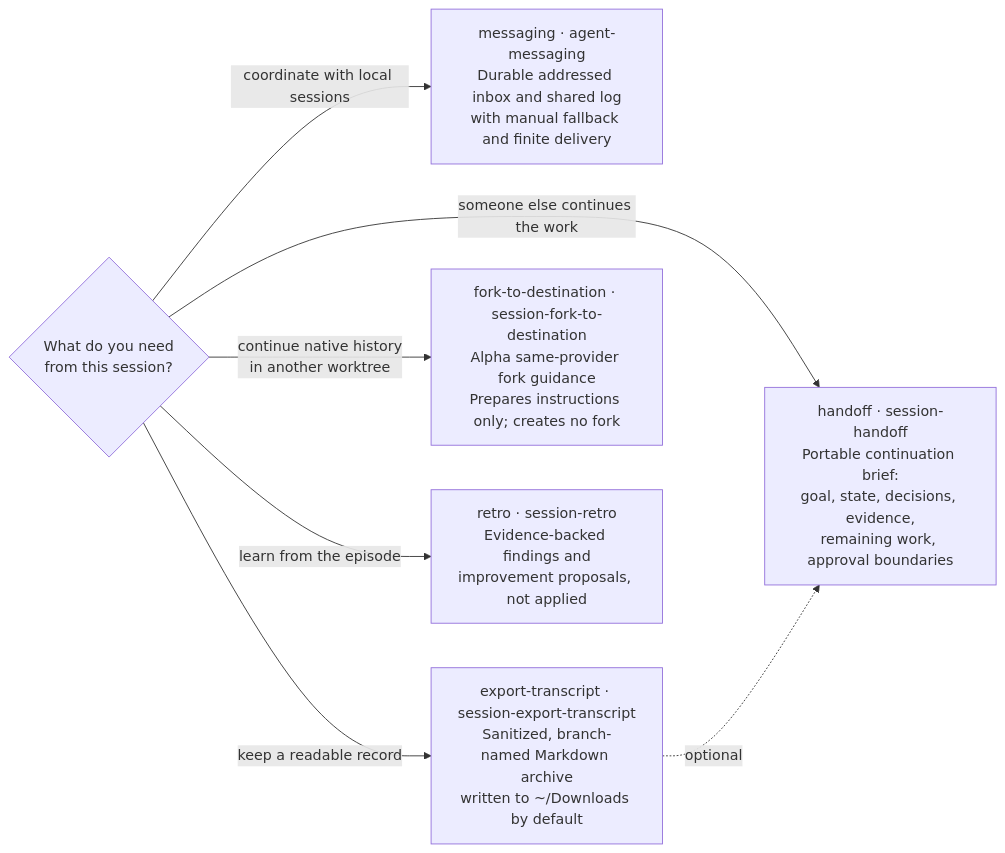
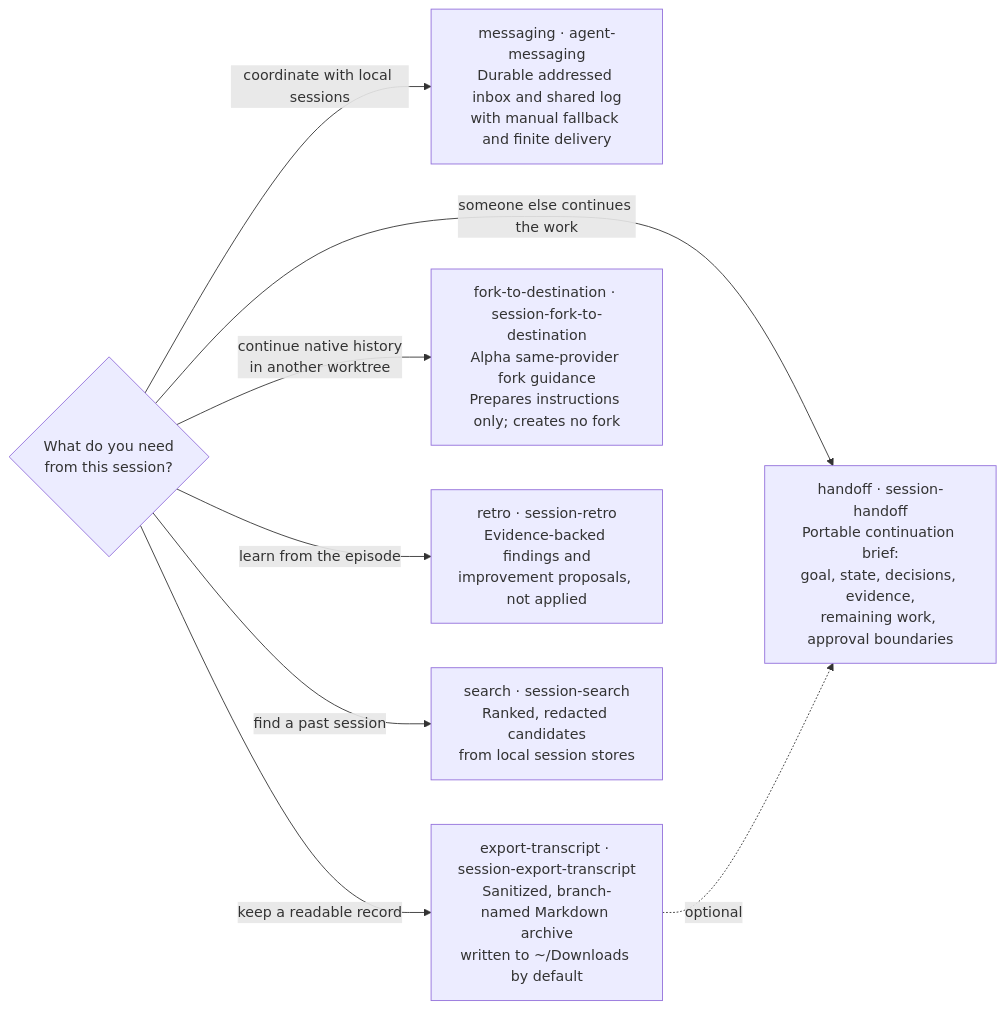
Before and after one commit to tkstang/skills: the diagram in documentation/docs/user-guide/plugins/session/index.md, drawn with Mermaid. The commit also changed other lines of this file and 129 other files, not shown here.

First line of the commit message:
feat(session-search): add session-search skill for finding past agent sessions (#115)

````diff
--- a/documentation/docs/user-guide/plugins/session/index.md
+++ b/documentation/docs/user-guide/plugins/session/index.md
@@ -12,16 +12,18 @@
 ```mermaid
 flowchart LR
   Q{"What do you need<br/>from this session?"}
   M["messaging · agent-messaging<br/>Durable addressed inbox and shared log<br/>with manual fallback and finite delivery"]
   H["handoff · session-handoff<br/>Portable continuation brief:<br/>goal, state, decisions, evidence,<br/>remaining work, approval boundaries"]
   E["export-transcript · session-export-transcript<br/>Sanitized, branch-named Markdown archive<br/>written to ~/Downloads by default"]
   F["fork-to-destination · session-fork-to-destination<br/>Alpha same-provider fork guidance<br/>Prepares instructions only; creates no fork"]
   R["retro · session-retro<br/>Evidence-backed findings and<br/>improvement proposals, not applied"]
+  S["search · session-search<br/>Ranked, redacted candidates<br/>from local session stores"]
 
   Q -->|"someone else continues the work"| H
   Q -->|"coordinate with local sessions"| M
   Q -->|"keep a readable record"| E
   Q -->|"continue native history<br/>in another worktree"| F
   Q -->|"learn from the episode"| R
+  Q -->|"find a past session"| S
   E -.->|optional| H
 ```
````
